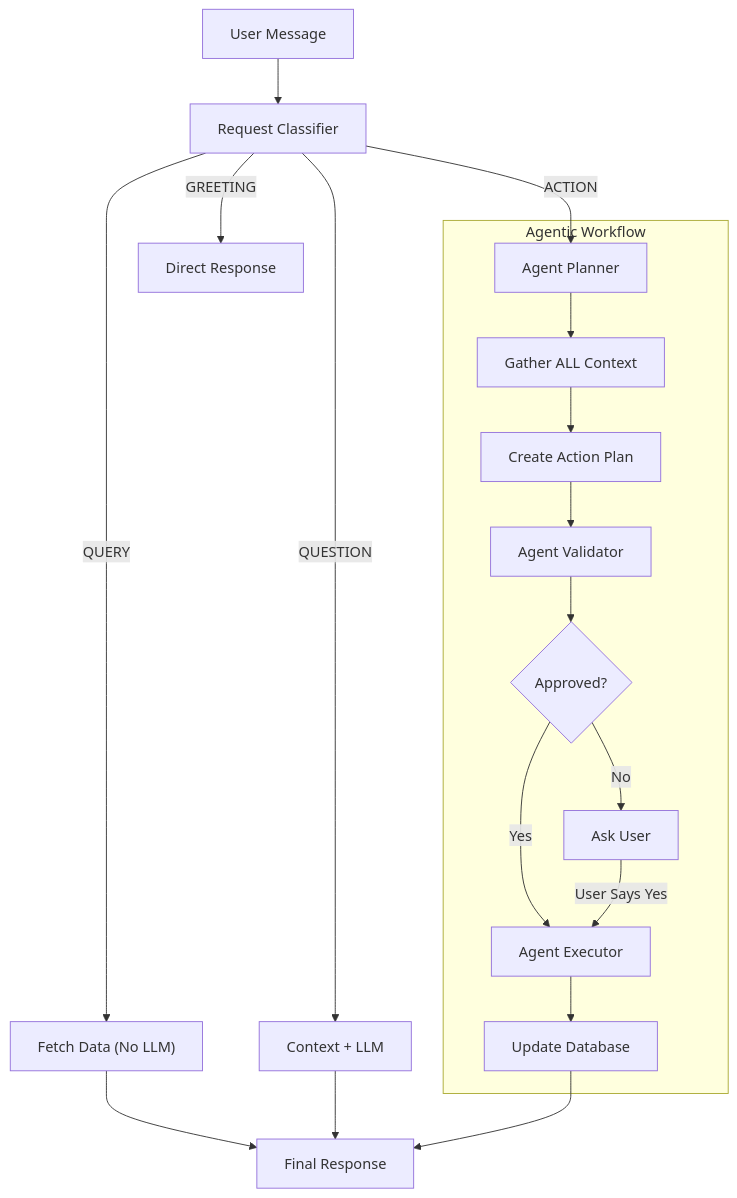
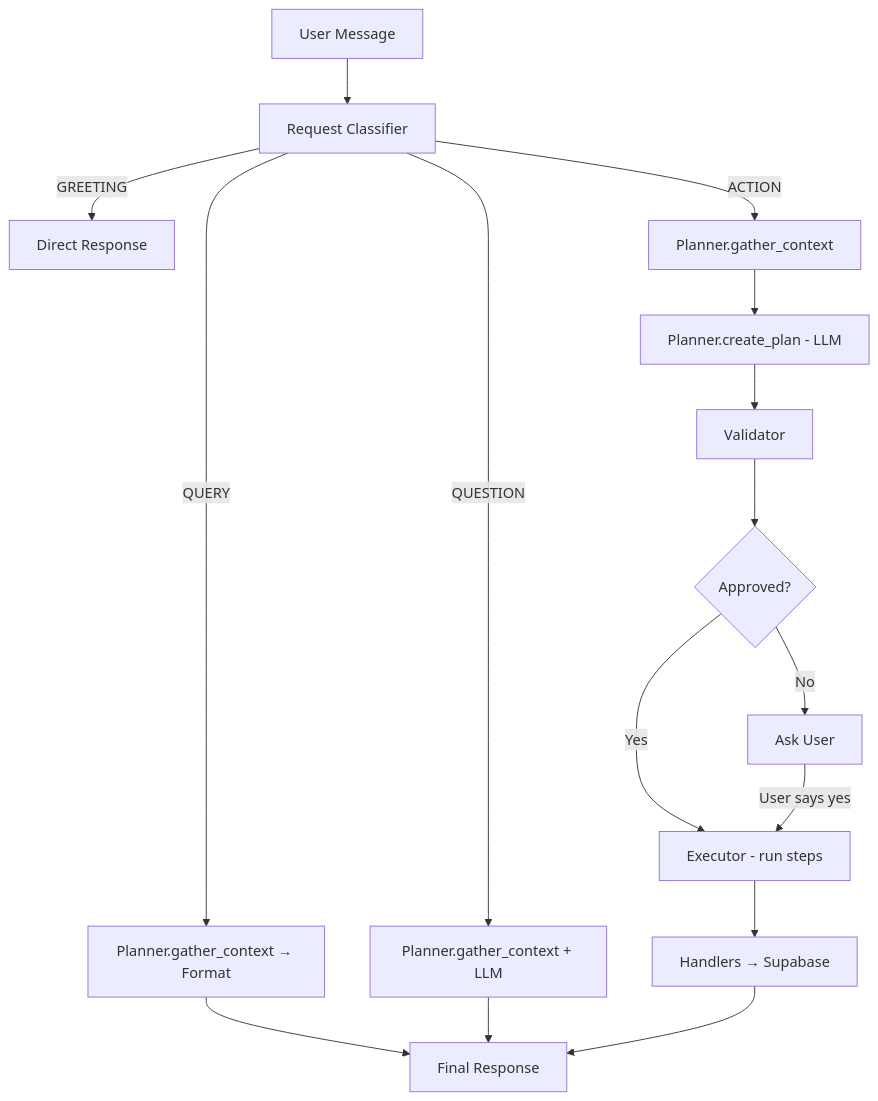
The diagram in README.md (OkeyAmy/mise-arc), drawn with Mermaid before and after one commit. The commit also changed other lines of this file and 1 other file, not shown here.

````diff
--- a/README.md
+++ b/README.md
@@ -90,22 +103,16 @@
- ```mermaid
- flowchart TD
-     A[User Message] --> B[Request Classifier]
-     
-     B -->|GREETING| C["Direct Response"]
-     B -->|QUERY| D["Fetch Data (No LLM)"]
-     B -->|QUESTION| E["Context + LLM"]
-     B -->|ACTION| F["Agent Planner"]
-     
-     subgraph AGENTIC_WORKFLOW [Agentic Workflow]
-         F --> G[Gather ALL Context]
-         G --> H[Create Action Plan]
-         H --> I[Agent Validator]
-         I --> J{Approved?}
-         J -->|No| K[Ask User]
-         J -->|Yes| L[Agent Executor]
-         K -->|User Says Yes| L
-         L --> M[Update Database]
-     end
-     
-     D & E & M --> N[Final Response]
- ```
+```mermaid
+flowchart TD
+    A[User Message] --> B[Request Classifier]
+    B -->|GREETING| C["Direct Response"]
+    B -->|QUERY| D["Planner.gather_context → Format"]
+    B -->|QUESTION| E["Planner.gather_context + LLM"]
+    B -->|ACTION| F[Planner.gather_context]
+    F --> G[Planner.create_plan - LLM]
+    G --> H[Validator]
+    H --> I{Approved?}
+    I -->|No| J[Ask User]
+    I -->|Yes| K[Executor - run steps]
+    J -->|User says yes| K
+    K --> L[Handlers → Supabase]
+    D & E & L --> M[Final Response]
+```
````
